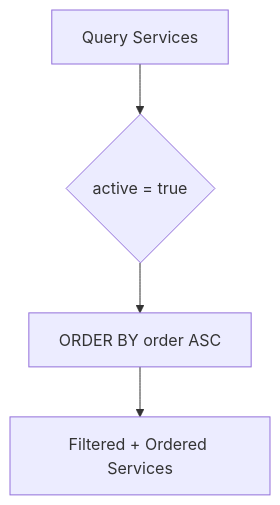
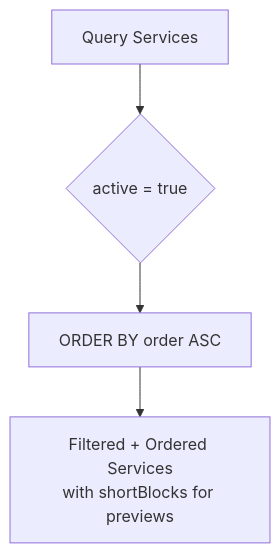
Before and after one commit to xLegarda/GreenAxis: the ninth of 13 diagrams in .qoder/repowiki/en/content/Core Features Implementation/Public Website Features/Services Catalog System.md, drawn with Mermaid. The commit also changed other lines of this file and 42 other files, not shown here.

````diff
--- a/.qoder/repowiki/en/content/Core Features Implementation/Public Website Features/Services Catalog System.md
+++ b/.qoder/repowiki/en/content/Core Features Implementation/Public Website Features/Services Catalog System.md
@@ -381,6 +409,6 @@
 ```mermaid
 flowchart TD
 Q["Query Services"] --> Active{"active = true"}
 Active --> Order["ORDER BY order ASC"]
-Order --> Result["Filtered + Ordered Services"]
+Order --> Result["Filtered + Ordered Services<br/>with shortBlocks for previews"]
 ```
````
